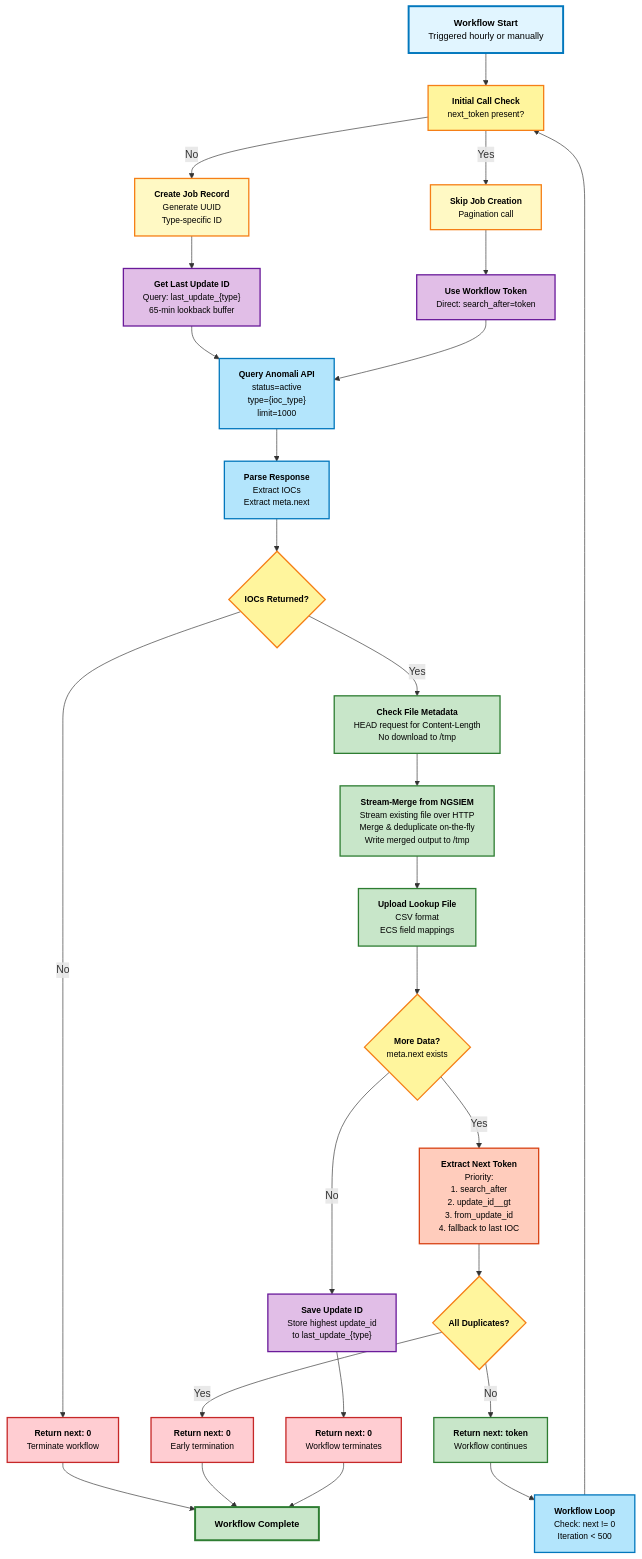
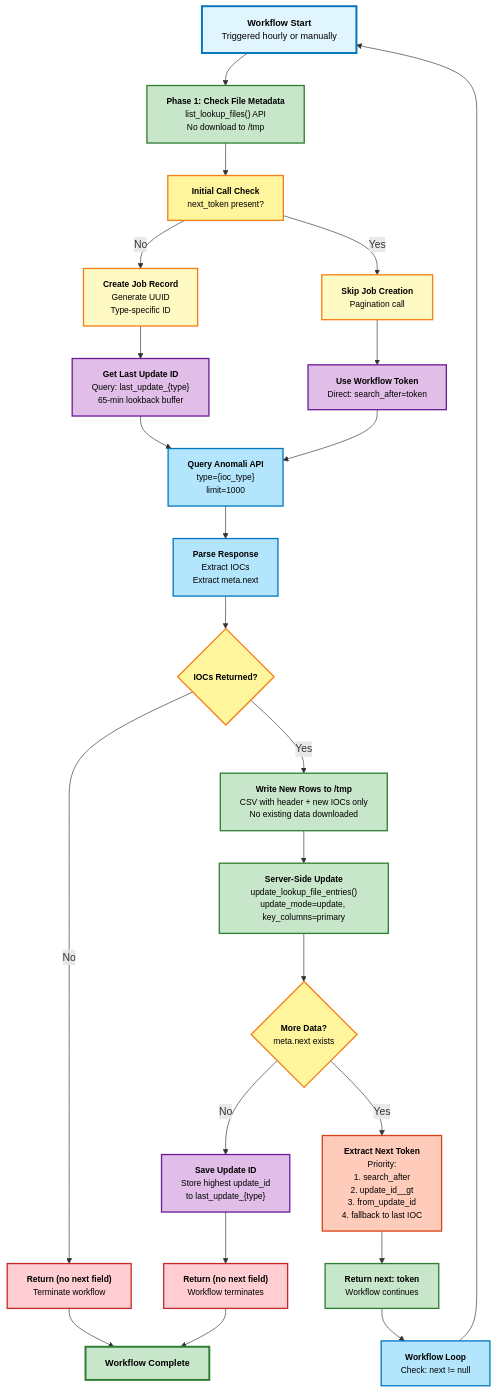
Before and after one commit to CrowdStrike/foundry-sample-anomali-threatstream: the diagram in dev-docs/sync-strategy.md, drawn with Mermaid. The commit also changed other lines of this file and 7 other files, not shown here.

First line of the commit message:
Use NGSIEM update lookup file entries API to handle large files (#75)

````diff
--- a/dev-docs/sync-strategy.md
+++ b/dev-docs/sync-strategy.md
@@ -7,71 +7,65 @@
 ```mermaid
 flowchart TD
     Start["<b>Workflow Start</b><br/>Triggered hourly or manually"]
 
-    Start --> InitCheck["<b>Initial Call Check</b><br/>next_token present?"]
+    Start --> CheckMeta["<b>Phase 1: Check File Metadata</b><br/>list_lookup_files() API<br/>No download to /tmp"]
+
+    CheckMeta --> InitCheck["<b>Initial Call Check</b><br/>next_token present?"]
 
     InitCheck -->|No| CreateJob["<b>Create Job Record</b><br/>Generate UUID<br/>Type-specific ID"]
     InitCheck -->|Yes| SkipJob["<b>Skip Job Creation</b><br/>Pagination call"]
 
     CreateJob --> GetState["<b>Get Last Update ID</b><br/>Query: last_update_{type}<br/>65-min lookback buffer"]
     SkipJob --> UseToken["<b>Use Workflow Token</b><br/>Direct: search_after=token"]
 
-    GetState --> Query["<b>Query Anomali API</b><br/>status=active<br/>type={ioc_type}<br/>limit=1000"]
+    GetState --> Query["<b>Query Anomali API</b><br/>type={ioc_type}<br/>limit=1000"]
     UseToken --> Query
 
     Query --> Parse["<b>Parse Response</b><br/>Extract IOCs<br/>Extract meta.next"]
 
     Parse --> HasData{"<b>IOCs Returned?</b>"}
 
-    HasData -->|No| Return0["<b>Return next: 0</b><br/>Terminate workflow"]
+    HasData -->|No| Return0["<b>Return (no next field)</b><br/>Terminate workflow"]
 
-    HasData -->|Yes| CheckMeta["<b>Check File Metadata</b><br/>HEAD request for Content-Length<br/>No download to /tmp"]
+    HasData -->|Yes| WriteNew["<b>Write New Rows to /tmp</b><br/>CSV with header + new IOCs only<br/>No existing data downloaded"]
 
-    CheckMeta --> StreamMerge["<b>Stream-Merge from NGSIEM</b><br/>Stream existing file over HTTP<br/>Merge & deduplicate on-the-fly<br/>Write merged output to /tmp"]
-
-    StreamMerge --> Upload["<b>Upload Lookup File</b><br/>CSV format<br/>ECS field mappings"]
+    WriteNew --> Upload["<b>Server-Side Update</b><br/>update_lookup_file_entries()<br/>update_mode=update, key_columns=primary"]
 
     Upload --> CheckNext{"<b>More Data?</b><br/>meta.next exists"}
 
     CheckNext -->|Yes| ExtractToken["<b>Extract Next Token</b><br/>Priority:<br/>1. search_after<br/>2. update_id__gt<br/>3. from_update_id<br/>4. fallback to last IOC"]
 
     CheckNext -->|No| SaveState["<b>Save Update ID</b><br/>Store highest update_id<br/>to last_update_{type}"]
 
-    ExtractToken --> CheckDupes{"<b>All Duplicates?</b>"}
+    ExtractToken --> ReturnNext["<b>Return next: token</b><br/>Workflow continues"]
 
-    CheckDupes -->|Yes| Return0Dupes["<b>Return next: 0</b><br/>Early termination"]
-    CheckDupes -->|No| ReturnNext["<b>Return next: token</b><br/>Workflow continues"]
+    SaveState --> Return0Final["<b>Return (no next field)</b><br/>Workflow terminates"]
 
-    SaveState --> Return0Final["<b>Return next: 0</b><br/>Workflow terminates"]
+    ReturnNext --> WorkflowLoop["<b>Workflow Loop</b><br/>Check: next != null"]
 
-    ReturnNext --> WorkflowLoop["<b>Workflow Loop</b><br/>Check: next != 0<br/>Iteration < 500"]
-
-    WorkflowLoop --> InitCheck
+    WorkflowLoop --> Start
 
     Return0 --> End["<b>Workflow Complete</b>"]
-    Return0Dupes --> End
     Return0Final --> End
 
     style Start fill:#e1f5ff,stroke:#0277bd,stroke-width:3px,color:#000,font-size:14px
     style End fill:#c8e6c9,stroke:#2e7d32,stroke-width:3px,color:#000,font-size:14px
     style CreateJob fill:#fff9c4,stroke:#f57f17,stroke-width:2px,color:#000,font-size:13px
     style SkipJob fill:#fff9c4,stroke:#f57f17,stroke-width:2px,color:#000,font-size:13px
     style GetState fill:#e1bee7,stroke:#6a1b9a,stroke-width:2px,color:#000,font-size:13px
     style UseToken fill:#e1bee7,stroke:#6a1b9a,stroke-width:2px,color:#000,font-size:13px
     style Query fill:#b3e5fc,stroke:#0277bd,stroke-width:2px,color:#000,font-size:13px
     style Parse fill:#b3e5fc,stroke:#0277bd,stroke-width:2px,color:#000,font-size:13px
     style CheckMeta fill:#c8e6c9,stroke:#2e7d32,stroke-width:2px,color:#000,font-size:13px
-    style StreamMerge fill:#c8e6c9,stroke:#2e7d32,stroke-width:2px,color:#000,font-size:13px
+    style WriteNew fill:#c8e6c9,stroke:#2e7d32,stroke-width:2px,color:#000,font-size:13px
     style Upload fill:#c8e6c9,stroke:#2e7d32,stroke-width:2px,color:#000,font-size:13px
     style ExtractToken fill:#ffccbc,stroke:#d84315,stroke-width:2px,color:#000,font-size:13px
     style SaveState fill:#e1bee7,stroke:#6a1b9a,stroke-width:2px,color:#000,font-size:13px
     style HasData fill:#fff59d,stroke:#f57f17,stroke-width:2px,color:#000,font-size:13px
     style CheckNext fill:#fff59d,stroke:#f57f17,stroke-width:2px,color:#000,font-size:13px
-    style CheckDupes fill:#fff59d,stroke:#f57f17,stroke-width:2px,color:#000,font-size:13px
     style Return0 fill:#ffcdd2,stroke:#c62828,stroke-width:2px,color:#000,font-size:13px
-    style Return0Dupes fill:#ffcdd2,stroke:#c62828,stroke-width:2px,color:#000,font-size:13px
     style Return0Final fill:#ffcdd2,stroke:#c62828,stroke-width:2px,color:#000,font-size:13px
     style ReturnNext fill:#c8e6c9,stroke:#2e7d32,stroke-width:2px,color:#000,font-size:13px
     style WorkflowLoop fill:#b3e5fc,stroke:#0277bd,stroke-width:2px,color:#000,font-size:13px
     style InitCheck fill:#fff59d,stroke:#f57f17,stroke-width:2px,color:#000,font-size:13px
 ```
````
